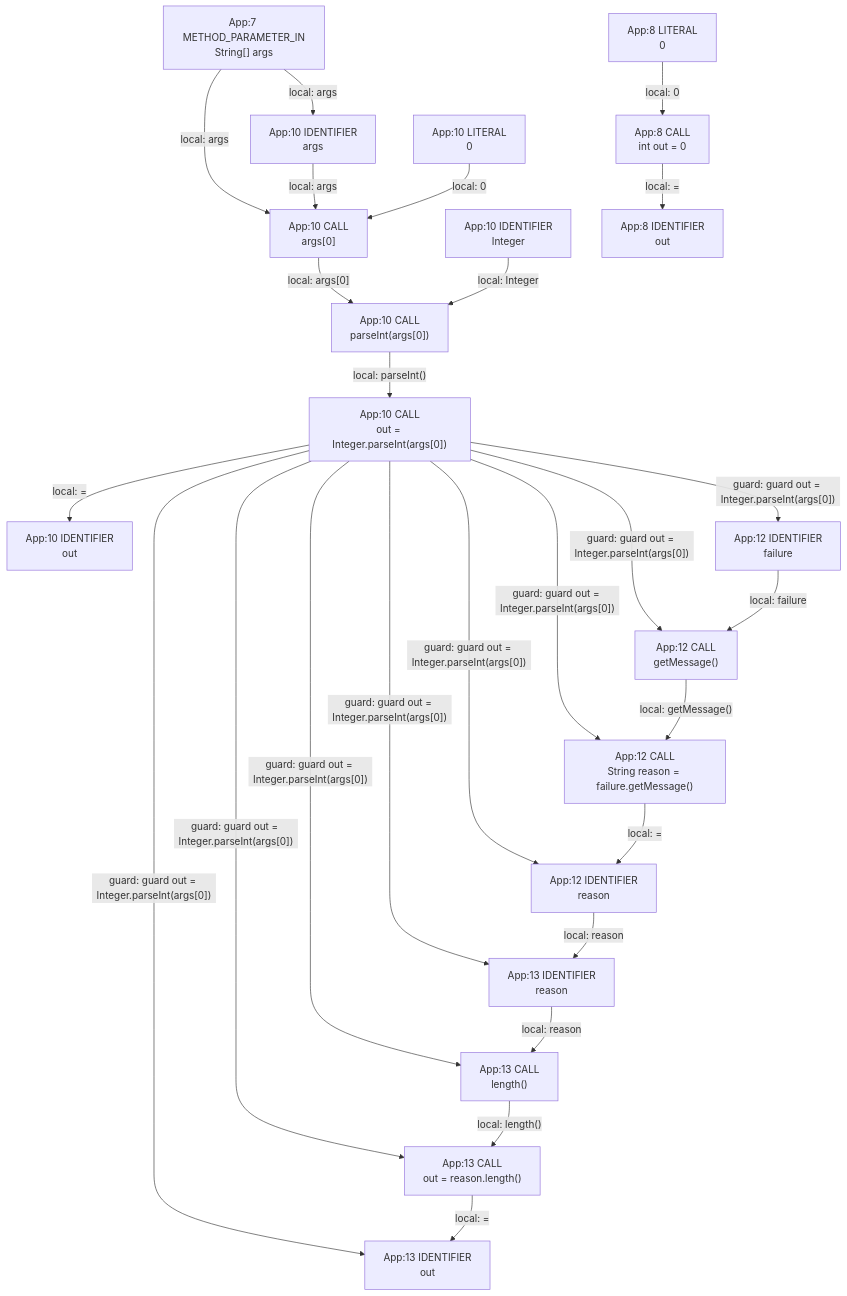
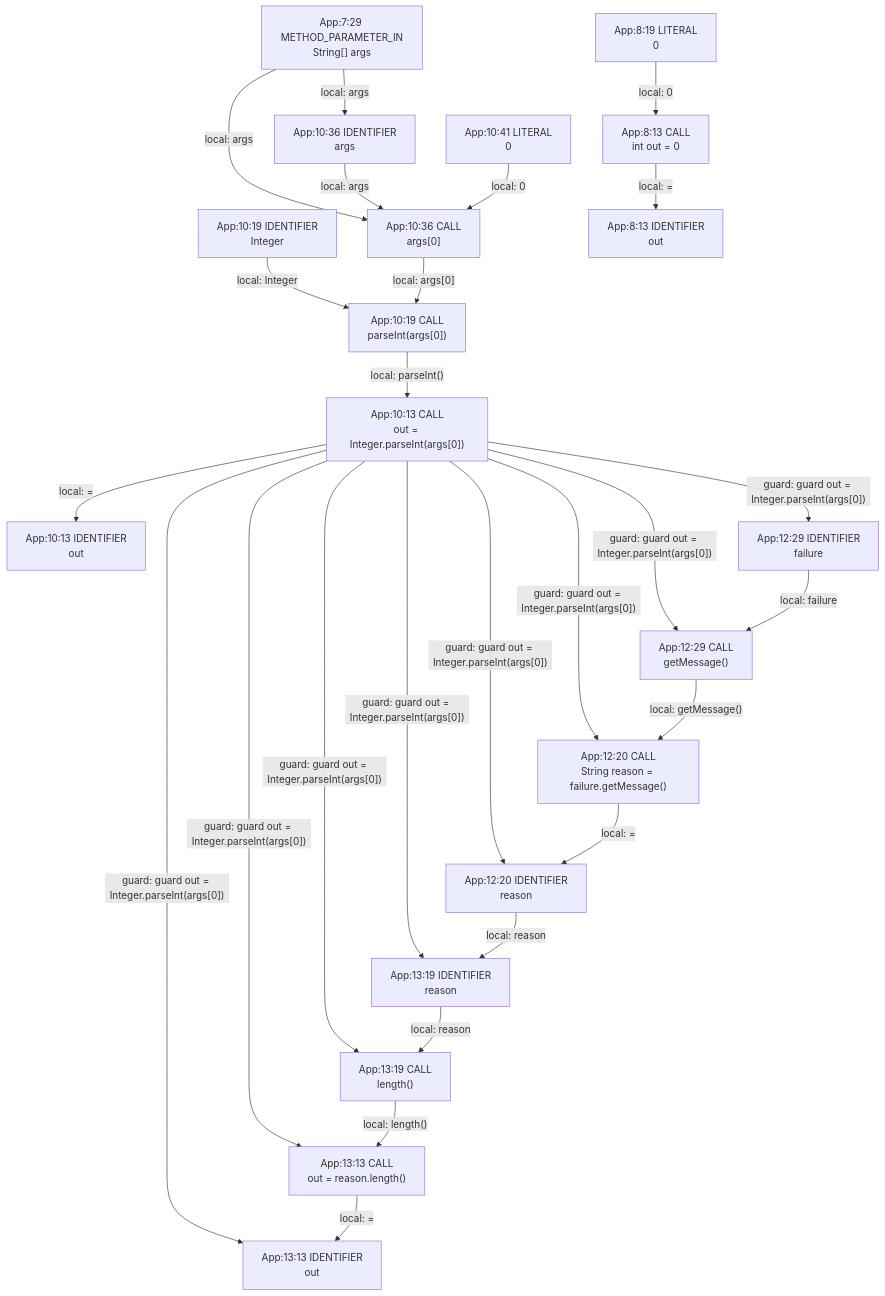
One commit to gstiebler/codeflow changed the diagram in app/src/test/resources/catchParameter/spike-truth.md. Above: the diagram before and after it, drawn with Mermaid. The commit also changed 154 other files, not shown here.

````diff
--- a/app/src/test/resources/catchParameter/spike-truth.md
+++ b/app/src/test/resources/catchParameter/spike-truth.md
@@ -3,47 +3,47 @@
 ```mermaid
 flowchart TD
-  n0["App:10 CALL<br/>args[0]"]
-  n1["App:10 CALL<br/>out = Integer.parseInt(args[0])"]
-  n2["App:10 CALL<br/>parseInt(args[0])"]
-  n3["App:10 IDENTIFIER<br/>Integer"]
-  n4["App:10 IDENTIFIER<br/>args"]
-  n5["App:10 IDENTIFIER<br/>out"]
-  n6["App:10 LITERAL<br/>0"]
-  n7["App:12 CALL<br/>String reason = failure.getMessage()"]
-  n8["App:12 CALL<br/>getMessage()"]
-  n9["App:12 IDENTIFIER<br/>failure"]
-  n10["App:12 IDENTIFIER<br/>reason"]
-  n11["App:13 CALL<br/>length()"]
-  n12["App:13 CALL<br/>out = reason.length()"]
-  n13["App:13 IDENTIFIER<br/>out"]
-  n14["App:13 IDENTIFIER<br/>reason"]
-  n15["App:7 METHOD_PARAMETER_IN<br/>String[] args"]
-  n16["App:8 CALL<br/>int out = 0"]
-  n17["App:8 IDENTIFIER<br/>out"]
-  n18["App:8 LITERAL<br/>0"]
-  n0 -->|"local: args[0]"| n2
-  n1 -->|"guard: guard out = Integer.parseInt(args[0])"| n10
-  n1 -->|"guard: guard out = Integer.parseInt(args[0])"| n11
-  n1 -->|"guard: guard out = Integer.parseInt(args[0])"| n12
-  n1 -->|"guard: guard out = Integer.parseInt(args[0])"| n13
-  n1 -->|"guard: guard out = Integer.parseInt(args[0])"| n14
-  n1 -->|"guard: guard out = Integer.parseInt(args[0])"| n7
-  n1 -->|"guard: guard out = Integer.parseInt(args[0])"| n8
-  n1 -->|"guard: guard out = Integer.parseInt(args[0])"| n9
-  n1 -->|"local: ="| n5
-  n10 -->|"local: reason"| n14
-  n11 -->|"local: length()"| n12
-  n12 -->|"local: ="| n13
-  n14 -->|"local: reason"| n11
-  n15 -->|"local: args"| n0
+  n0["App:10:13 CALL<br/>out = Integer.parseInt(args[0])"]
+  n1["App:10:13 IDENTIFIER<br/>out"]
+  n2["App:10:19 CALL<br/>parseInt(args[0])"]
+  n3["App:10:19 IDENTIFIER<br/>Integer"]
+  n4["App:10:36 CALL<br/>args[0]"]
+  n5["App:10:36 IDENTIFIER<br/>args"]
+  n6["App:10:41 LITERAL<br/>0"]
+  n7["App:12:20 CALL<br/>String reason = failure.getMessage()"]
+  n8["App:12:20 IDENTIFIER<br/>reason"]
+  n9["App:12:29 CALL<br/>getMessage()"]
+  n10["App:12:29 IDENTIFIER<br/>failure"]
+  n11["App:13:13 CALL<br/>out = reason.length()"]
+  n12["App:13:13 IDENTIFIER<br/>out"]
+  n13["App:13:19 CALL<br/>length()"]
+  n14["App:13:19 IDENTIFIER<br/>reason"]
+  n15["App:7:29 METHOD_PARAMETER_IN<br/>String[] args"]
+  n16["App:8:13 CALL<br/>int out = 0"]
+  n17["App:8:13 IDENTIFIER<br/>out"]
+  n18["App:8:19 LITERAL<br/>0"]
+  n0 -->|"guard: guard out = Integer.parseInt(args[0])"| n10
+  n0 -->|"guard: guard out = Integer.parseInt(args[0])"| n11
+  n0 -->|"guard: guard out = Integer.parseInt(args[0])"| n12
+  n0 -->|"guard: guard out = Integer.parseInt(args[0])"| n13
+  n0 -->|"guard: guard out = Integer.parseInt(args[0])"| n14
+  n0 -->|"guard: guard out = Integer.parseInt(args[0])"| n7
+  n0 -->|"guard: guard out = Integer.parseInt(args[0])"| n8
+  n0 -->|"guard: guard out = Integer.parseInt(args[0])"| n9
+  n0 -->|"local: ="| n1
+  n10 -->|"local: failure"| n9
+  n11 -->|"local: ="| n12
+  n13 -->|"local: length()"| n11
+  n14 -->|"local: reason"| n13
   n15 -->|"local: args"| n4
+  n15 -->|"local: args"| n5
   n16 -->|"local: ="| n17
   n18 -->|"local: 0"| n16
-  n2 -->|"local: parseInt()"| n1
+  n2 -->|"local: parseInt()"| n0
   n3 -->|"local: Integer"| n2
-  n4 -->|"local: args"| n0
-  n6 -->|"local: 0"| n0
-  n7 -->|"local: ="| n10
-  n8 -->|"local: getMessage()"| n7
-  n9 -->|"local: failure"| n8
+  n4 -->|"local: args[0]"| n2
+  n5 -->|"local: args"| n4
+  n6 -->|"local: 0"| n4
+  n7 -->|"local: ="| n8
+  n8 -->|"local: reason"| n14
+  n9 -->|"local: getMessage()"| n7
 ```
````
